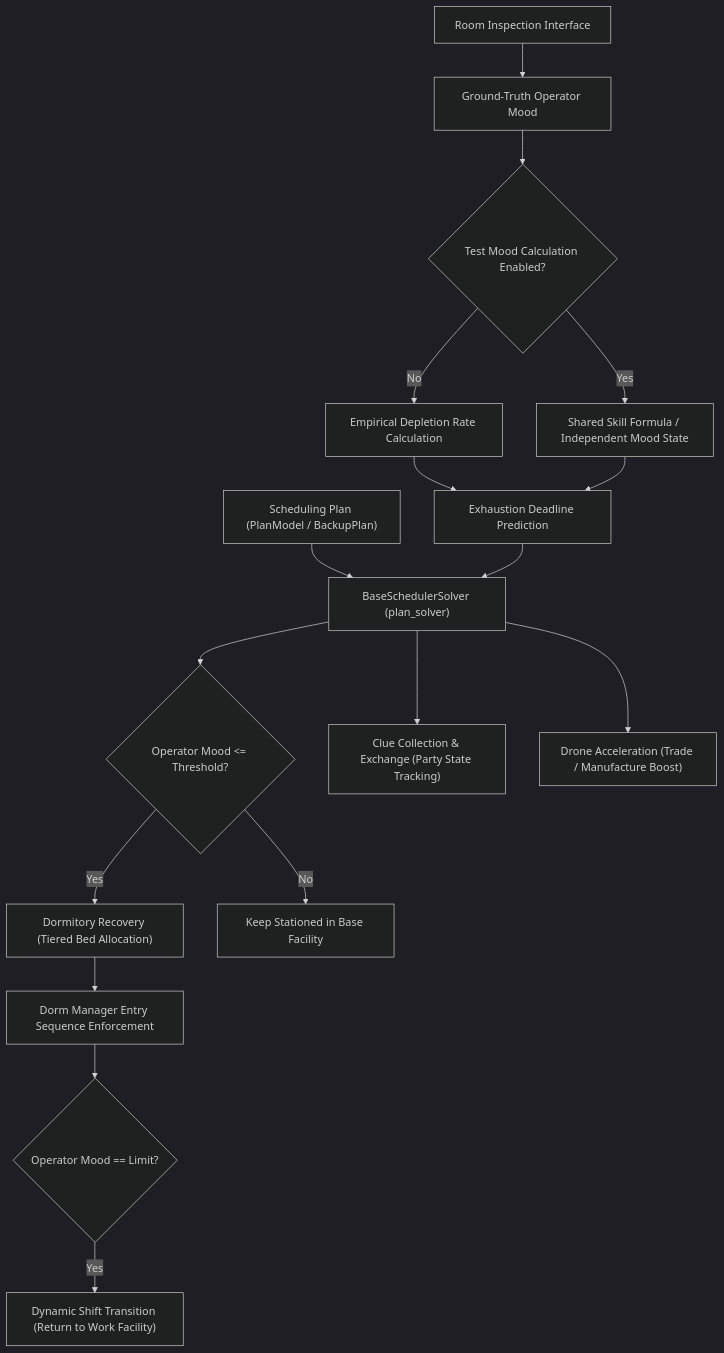
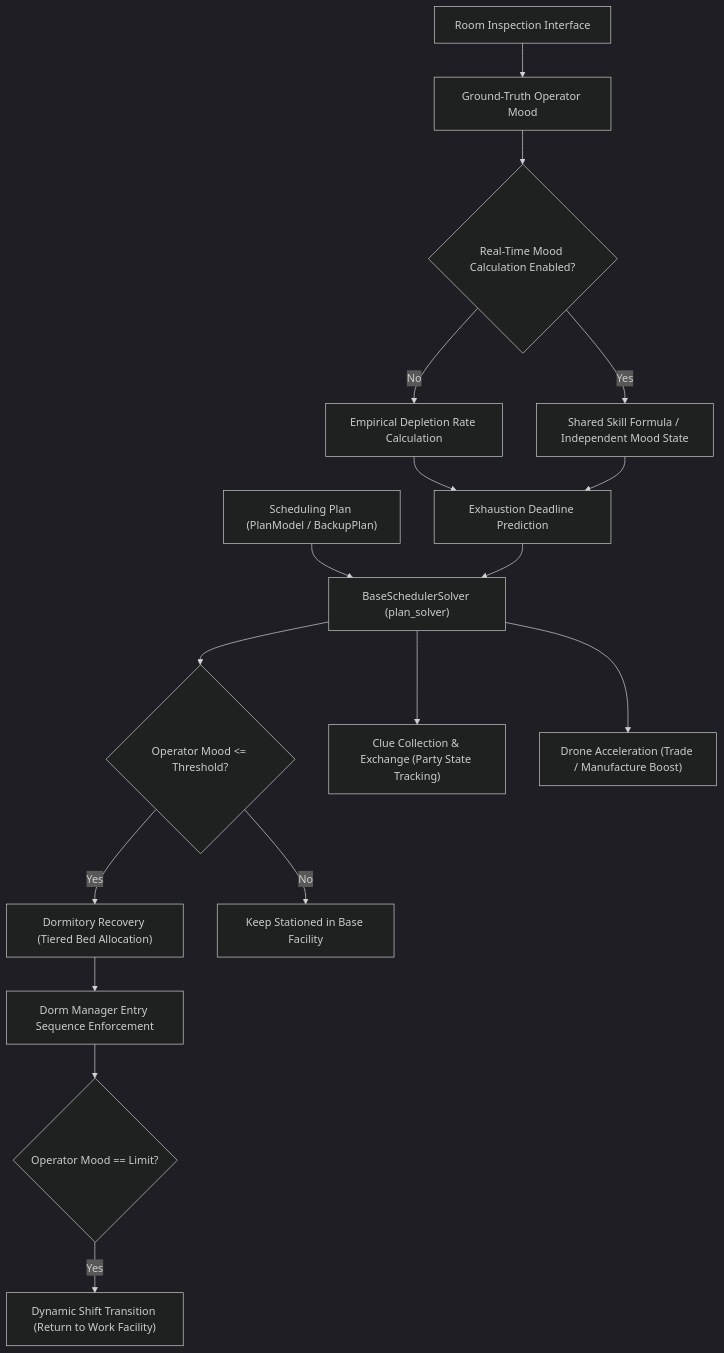
Before and after one commit to ArkMowers/arknights-mower: the diagram in docs/subsystems/base-scheduler.md, drawn with Mermaid (dark theme). The commit also changed other lines of this file and 13 other files, not shown here.

````diff
--- a/docs/subsystems/base-scheduler.md
+++ b/docs/subsystems/base-scheduler.md
@@ -36,22 +36,22 @@
 ```mermaid
 flowchart TD
     Plan["Scheduling Plan (PlanModel / BackupPlan)"] --> Engine["BaseSchedulerSolver (plan_solver)"]
     Inspect["Room Inspection Interface"] --> GroundTruth["Ground-Truth Operator Mood"]
-    GroundTruth --> MoodMode{"Test Mood Calculation Enabled?"}
+    GroundTruth --> MoodMode{"Real-Time Mood Calculation Enabled?"}
     MoodMode -->|No| RateCalc["Empirical Depletion Rate Calculation"]
     MoodMode -->|Yes| SkillCalc["Shared Skill Formula / Independent Mood State"]
     RateCalc --> Predictor["Exhaustion Deadline Prediction"]
     SkillCalc --> Predictor
     Predictor --> Engine
 
     Engine --> DormCheck{"Operator Mood <= Threshold?"}
     DormCheck -->|Yes| DormAlloc["Dormitory Recovery (Tiered Bed Allocation)"]
     DormCheck -->|No| WorkStation["Keep Stationed in Base Facility"]
 
     DormAlloc --> ManagerOrder["Dorm Manager Entry Sequence Enforcement"]
     ManagerOrder --> RestDone{"Operator Mood == Limit?"}
     RestDone -->|Yes| ShiftTransition["Dynamic Shift Transition (Return to Work Facility)"]
 
     Engine --> ClueModule["Clue Collection & Exchange (Party State Tracking)"]
     Engine --> DroneModule["Drone Acceleration (Trade / Manufacture Boost)"]
 ```
````
